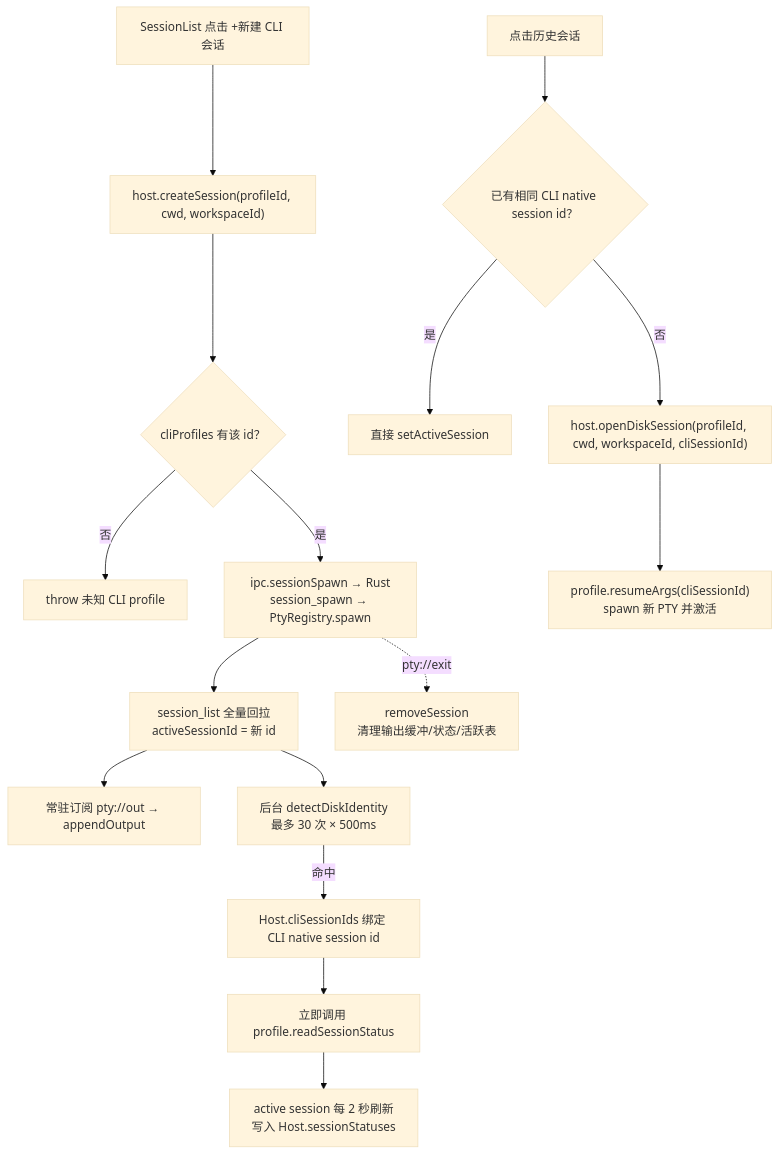
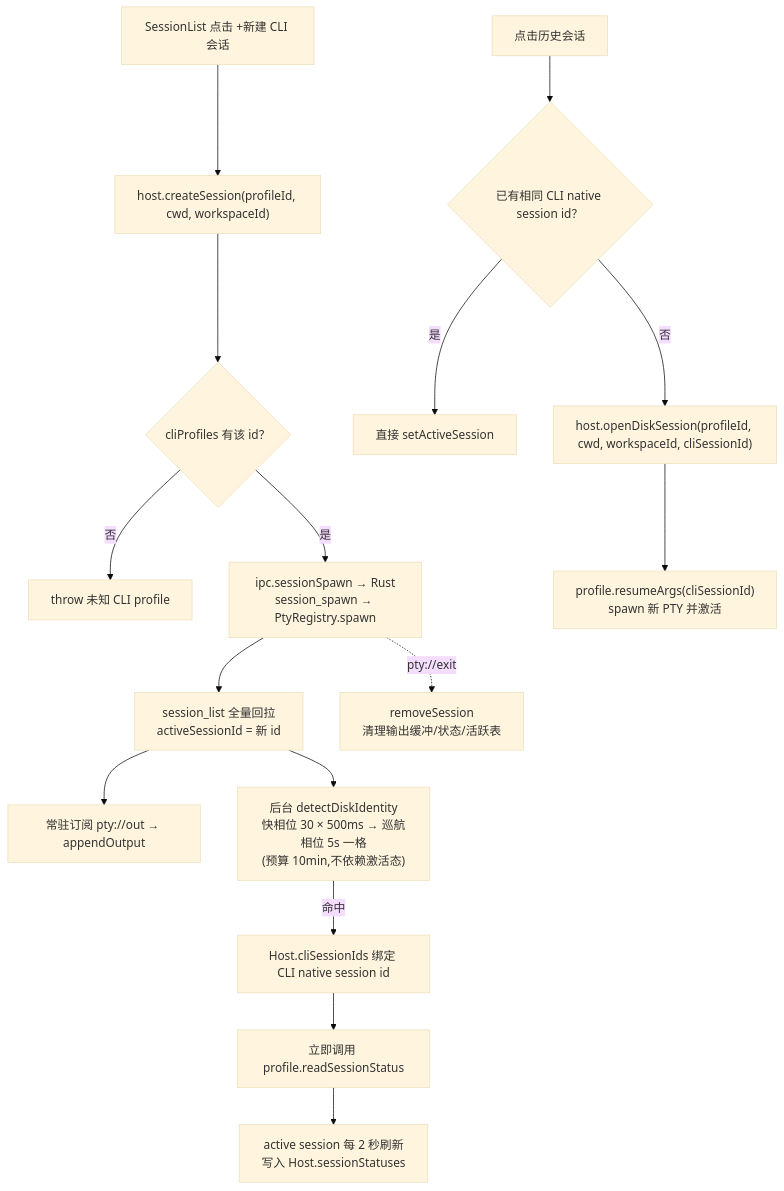
Before and after one commit to chenxiangning/tmd-cli: the sixth of 8 diagrams in docs/architecture/02-code-architecture.md, drawn with Mermaid (base theme). The commit also changed 15 other files, not shown here.

````diff
--- a/docs/architecture/02-code-architecture.md
+++ b/docs/architecture/02-code-architecture.md
@@ -221,20 +221,20 @@
 ```mermaid
 flowchart TD
     NEW["SessionList 点击 +新建 CLI 会话"] --> CS["host.createSession(profileId, cwd, workspaceId)"]
     CS --> PROF{"cliProfiles 有该 id？"}
     PROF -->|否| ERR["throw 未知 CLI profile"]
     PROF -->|是| SP["ipc.sessionSpawn → Rust<br/>session_spawn → PtyRegistry.spawn"]
     SP --> META["session_list 全量回拉<br/>activeSessionId = 新 id"]
     META --> SUB["常驻订阅 pty://out → appendOutput"]
-    META --> ID["后台 detectDiskIdentity<br/>最多 30 次 × 500ms"]
+    META --> ID["后台 detectDiskIdentity<br/>快相位 30 × 500ms → 巡航相位 5s 一格<br/>(预算 10min,不依赖激活态)"]
     ID -->|命中| BIND["Host.cliSessionIds 绑定 CLI native session id"]
     BIND --> STATUS["立即调用 profile.readSessionStatus"]
     STATUS --> POLL["active session 每 2 秒刷新<br/>写入 Host.sessionStatuses"]
 
     CLICK["点击历史会话"] --> LIVE{"已有相同 CLI native session id？"}
     LIVE -->|是| ACT["直接 setActiveSession"]
     LIVE -->|否| RES["host.openDiskSession(profileId, cwd, workspaceId, cliSessionId)"]
     RES --> RESARGS["profile.resumeArgs(cliSessionId)<br/>spawn 新 PTY 并激活"]
 
     SP -.->|pty://exit| EXIT["removeSession<br/>清理输出缓冲/状态/活跃表"]
 ```
````
